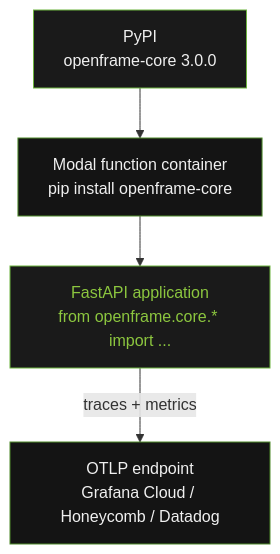
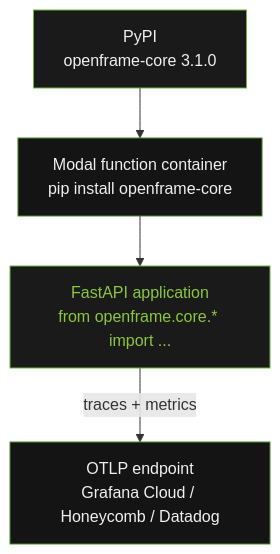
One commit to Furious-Meteors/openframe-core changed the third of 3 diagrams in docs/technical/architecture/system-architecture.md. Above: the diagram before and after it, drawn with Mermaid. The commit also changed other lines of this file and 59 other files, not shown here.

````diff
--- a/docs/technical/architecture/system-architecture.md
+++ b/docs/technical/architecture/system-architecture.md
@@ -179,16 +195,16 @@
 ```mermaid
 flowchart TD
-    PyPI["PyPI\nopenframe-core 3.0.0"]
+    PyPI["PyPI\nopenframe-core 3.1.0"]
     Container["Modal function container\npip install openframe-core"]
     App["FastAPI application\nfrom openframe.core.* import ..."]
     OTel["OTLP endpoint\nGrafana Cloud / Honeycomb / Datadog"]
 
     PyPI --> Container
     Container --> App
     App -->|traces + metrics| OTel
 
     style PyPI fill:#1a1a1a,color:#F0F0F0,stroke:#6DB33F
     style Container fill:#141414,color:#F0F0F0,stroke:#4E8A2A
     style App fill:#1a1a1a,color:#8CC63F,stroke:#6DB33F
     style OTel fill:#141414,color:#F0F0F0,stroke:#4E8A2A
 ```
````
